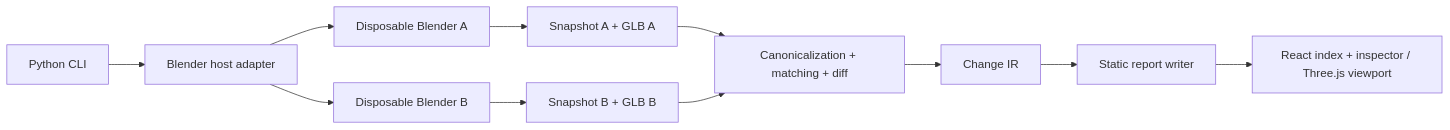
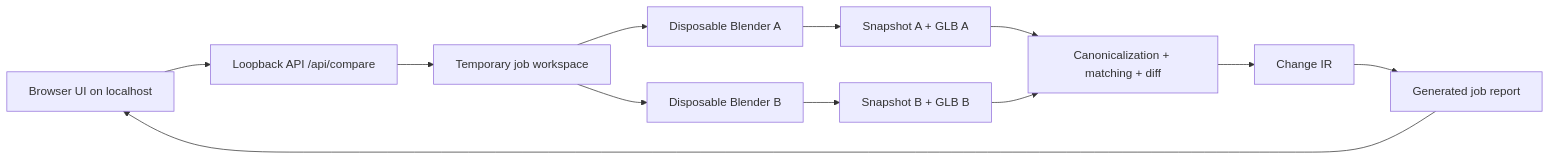
Before and after one commit to scapintobias/semantic-change-explorer: the first of 2 diagrams in docs/architecture.md, drawn with Mermaid. The commit also changed other lines of this file and 11 other files, not shown here.

````diff
--- a/docs/architecture.md
+++ b/docs/architecture.md
@@ -5,13 +7,14 @@
 ```mermaid
 flowchart LR
-  CLI[Python CLI] --> Runner[Blender host adapter]
-  Runner --> BA[Disposable Blender A]
-  Runner --> BB[Disposable Blender B]
+  Browser[Browser UI on localhost] --> API[Loopback API /api/compare]
+  API --> Workspace[Temporary job workspace]
+  Workspace --> BA[Disposable Blender A]
+  Workspace --> BB[Disposable Blender B]
   BA --> SA[Snapshot A + GLB A]
   BB --> SB[Snapshot B + GLB B]
   SA --> Core[Canonicalization + matching + diff]
   SB --> Core
   Core --> IR[Change IR]
-  IR --> Report[Static report writer]
-  Report --> Browser[React index + inspector / Three.js viewport]
+  IR --> Report[Generated job report]
+  Report --> Browser
 ```
````
